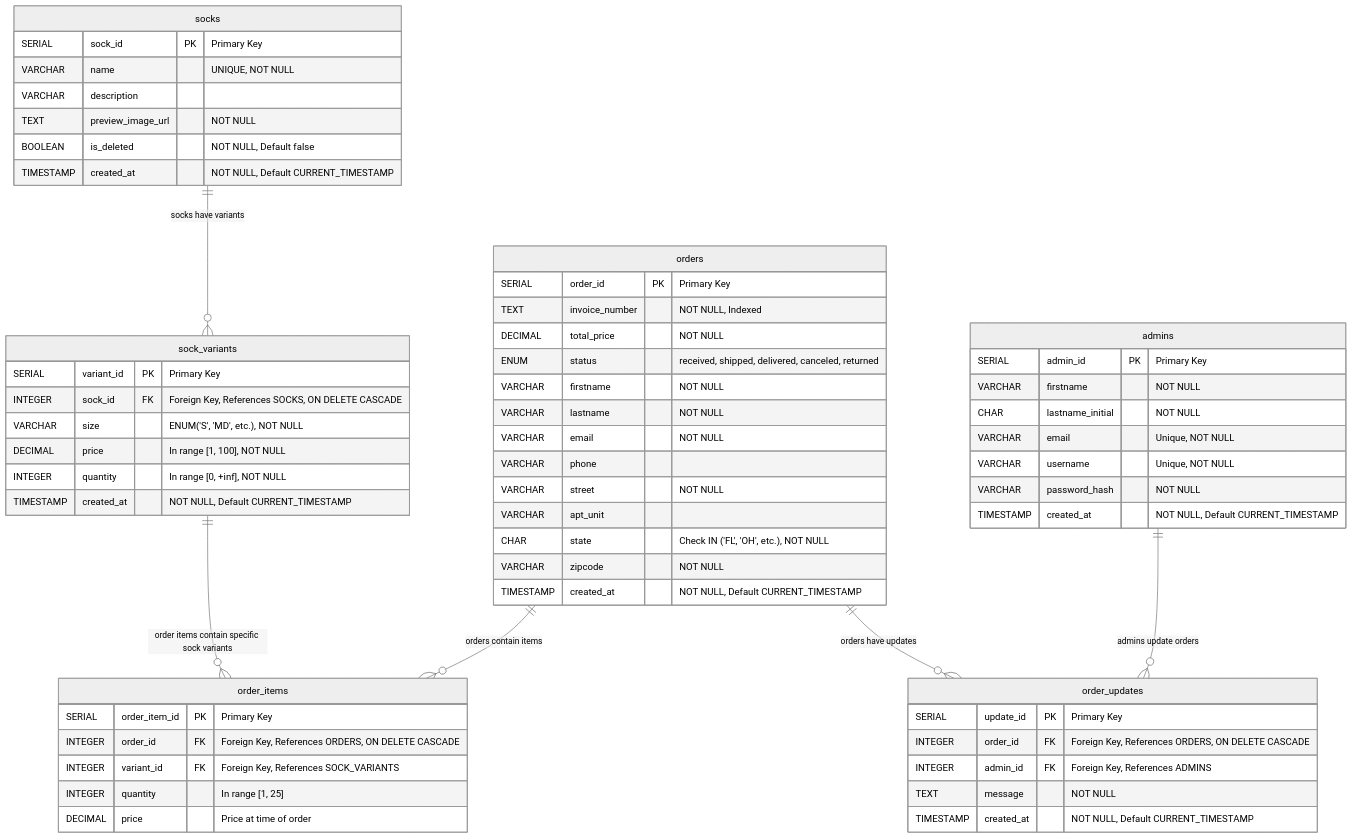
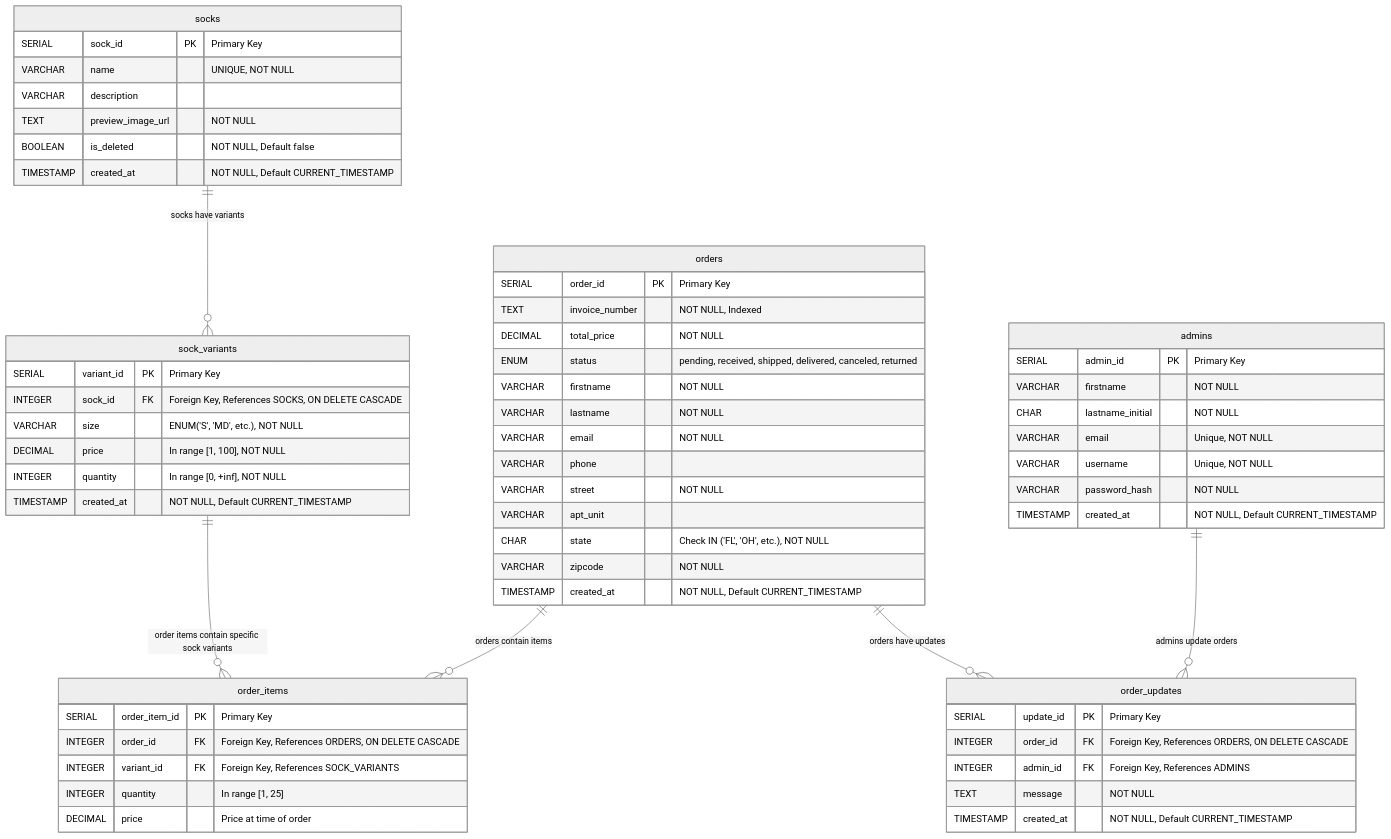
The diagram in docs/planning/entity_relationship_diagram.md (sockify/sockify), drawn with Mermaid (neutral theme) before and after one commit. The commit also changed 94 other files, not shown here.

````diff
--- a/docs/planning/entity_relationship_diagram.md
+++ b/docs/planning/entity_relationship_diagram.md
@@ -3,68 +3,68 @@
 ```mermaid
 erDiagram
     admins {
         SERIAL admin_id PK "Primary Key"
         VARCHAR firstname "NOT NULL"
         CHAR lastname_initial "NOT NULL"
         VARCHAR email "Unique, NOT NULL"
         VARCHAR username "Unique, NOT NULL"
         VARCHAR password_hash "NOT NULL"
         TIMESTAMP created_at "NOT NULL, Default CURRENT_TIMESTAMP"
     }
 
     socks {
         SERIAL sock_id PK "Primary Key"
         VARCHAR name "UNIQUE, NOT NULL"
         VARCHAR description
         TEXT preview_image_url "NOT NULL"
         BOOLEAN is_deleted "NOT NULL, Default false"
         TIMESTAMP created_at "NOT NULL, Default CURRENT_TIMESTAMP"
     }
 
     sock_variants {
         SERIAL variant_id PK "Primary Key"
         INTEGER sock_id FK "Foreign Key, References SOCKS, ON DELETE CASCADE"
         VARCHAR size "ENUM('S', 'MD', etc.), NOT NULL"
         DECIMAL price "In range [1, 100], NOT NULL"
         INTEGER quantity "In range [0, +inf], NOT NULL"
         TIMESTAMP created_at "NOT NULL, Default CURRENT_TIMESTAMP"
     }
 
     orders {
         SERIAL order_id PK "Primary Key"
         TEXT invoice_number "NOT NULL, Indexed"
         DECIMAL total_price "NOT NULL"
-        ENUM status "received, shipped, delivered, canceled, returned"
+        ENUM status "pending, received, shipped, delivered, canceled, returned"
         VARCHAR firstname "NOT NULL"
         VARCHAR lastname "NOT NULL"
         VARCHAR email "NOT NULL"
         VARCHAR phone
         VARCHAR street "NOT NULL"
         VARCHAR apt_unit
         CHAR state "Check IN ('FL', 'OH', etc.), NOT NULL"
         VARCHAR zipcode "NOT NULL"
         TIMESTAMP created_at "NOT NULL, Default CURRENT_TIMESTAMP"
     }
 
     order_items {
         SERIAL order_item_id PK "Primary Key"
         INTEGER order_id FK "Foreign Key, References ORDERS, ON DELETE CASCADE"
         INTEGER variant_id FK "Foreign Key, References SOCK_VARIANTS"
         INTEGER quantity "In range [1, 25]"
         DECIMAL price "Price at time of order"
     }
 
     order_updates {
         SERIAL update_id PK "Primary Key"
         INTEGER order_id FK "Foreign Key, References ORDERS, ON DELETE CASCADE"
         INTEGER admin_id FK "Foreign Key, References ADMINS"
         TEXT message "NOT NULL"
         TIMESTAMP created_at "NOT NULL, Default CURRENT_TIMESTAMP"
     }
 
     socks ||--o{ sock_variants : "socks have variants"
     orders ||--o{ order_items : "orders contain items"
     sock_variants ||--o{ order_items : "order items contain specific sock variants"
     admins ||--o{ order_updates : "admins update orders"
     orders ||--o{ order_updates : "orders have updates"
 ```
````
